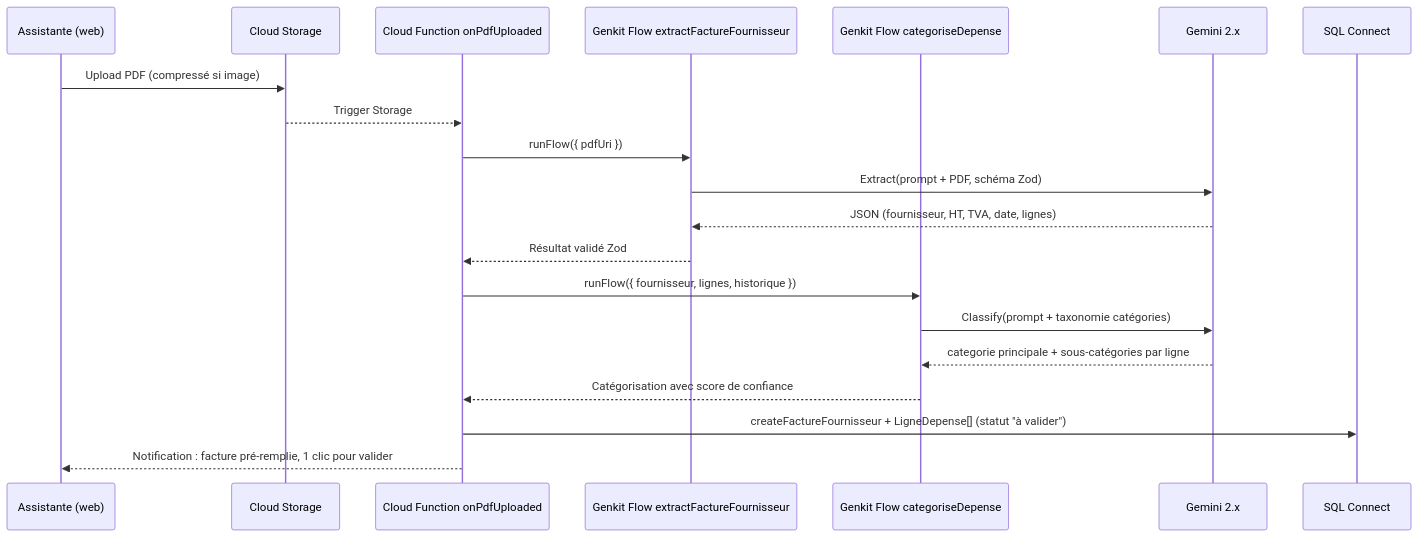
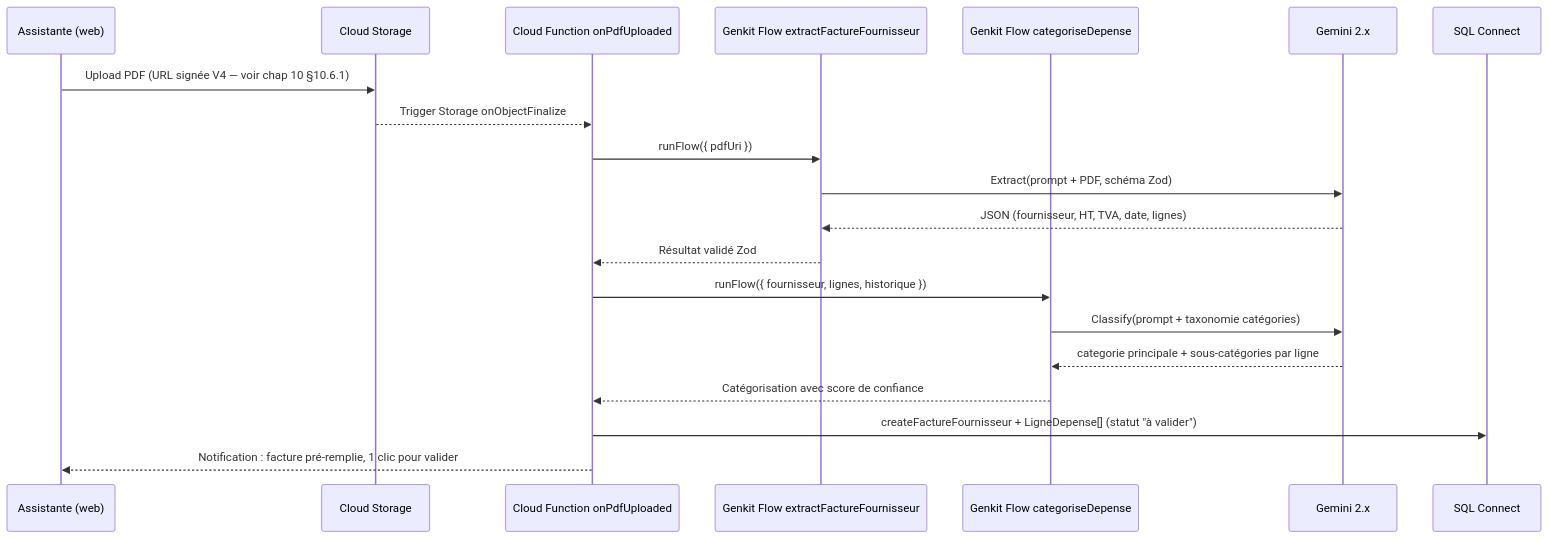
One commit to ECFN15/Sosson changed the second of 5 diagrams in docs/02-architecture.md. Above: the diagram before and after it, drawn with Mermaid. The commit also changed 7 other files, not shown here.

````diff
--- a/docs/02-architecture.md
+++ b/docs/02-architecture.md
@@ -108,22 +108,22 @@
 ```mermaid
 sequenceDiagram
     participant U as Assistante (web)
     participant S as Cloud Storage
     participant F as Cloud Function onPdfUploaded
     participant Ge as Genkit Flow extractFactureFournisseur
     participant Gc as Genkit Flow categoriseDepense
     participant M as Gemini 2.x
     participant SC as SQL Connect
-    U->>S: Upload PDF (compressé si image)
-    S-->>F: Trigger Storage
+    U->>S: Upload PDF (URL signée V4 — voir chap 10 §10.6.1)
+    S-->>F: Trigger Storage onObjectFinalize
     F->>Ge: runFlow({ pdfUri })
     Ge->>M: Extract(prompt + PDF, schéma Zod)
     M-->>Ge: JSON (fournisseur, HT, TVA, date, lignes)
     Ge-->>F: Résultat validé Zod
     F->>Gc: runFlow({ fournisseur, lignes, historique })
     Gc->>M: Classify(prompt + taxonomie catégories)
     M-->>Gc: categorie principale + sous-catégories par ligne
     Gc-->>F: Catégorisation avec score de confiance
     F->>SC: createFactureFournisseur + LigneDepense[] (statut "à valider")
     F-->>U: Notification : facture pré-remplie, 1 clic pour valider
 ```
````
